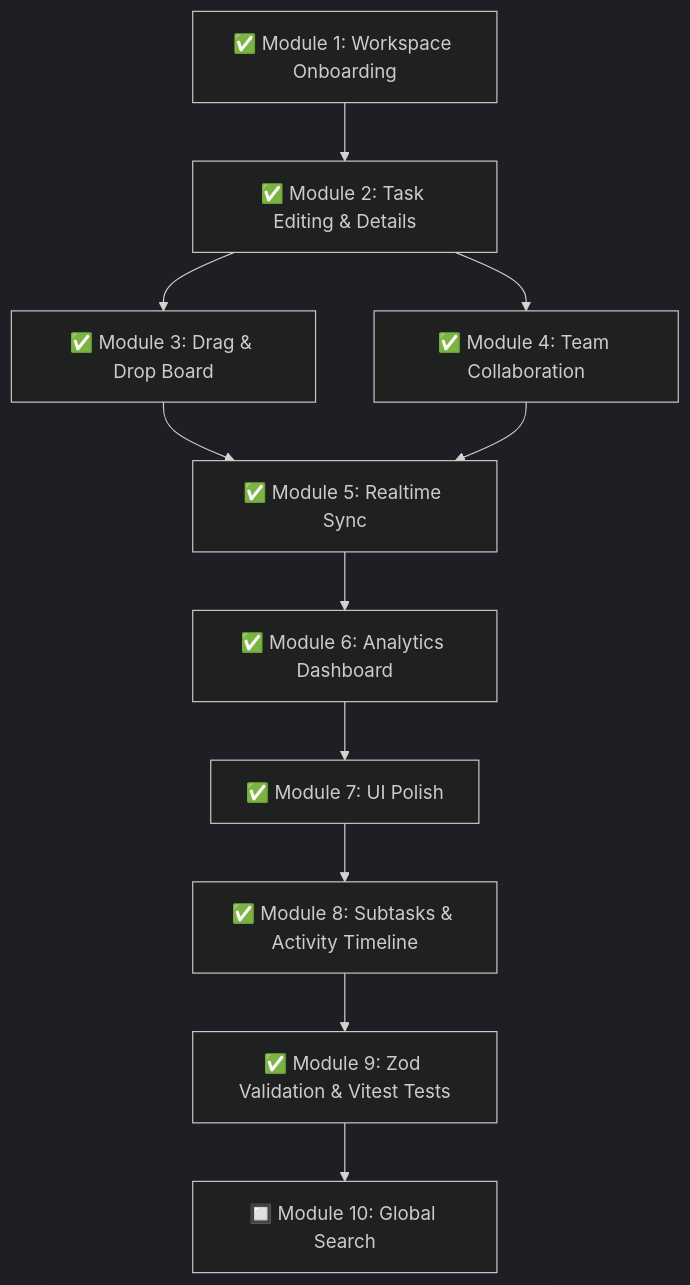
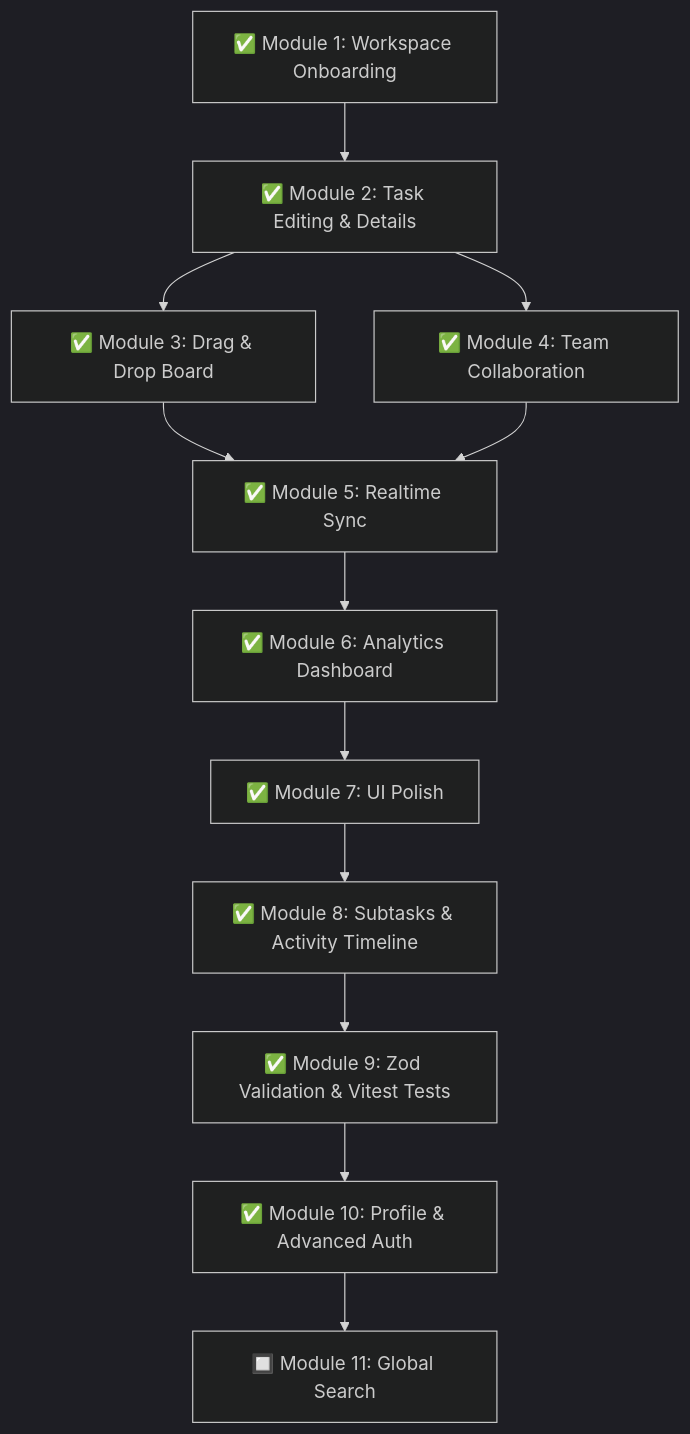
Before and after one commit to anirudhy-jpg/TaskPilot: the diagram in plan/steps.md, drawn with Mermaid (dark theme). The commit also changed other lines of this file and 11 other files, not shown here.

````diff
--- a/plan/steps.md
+++ b/plan/steps.md
@@ -41,14 +41,15 @@
 ```mermaid
 graph TD
     M1[✅ Module 1: Workspace Onboarding] --> M2[✅ Module 2: Task Editing & Details]
     M2 --> M3[✅ Module 3: Drag & Drop Board]
     M2 --> M4[✅ Module 4: Team Collaboration]
     M3 --> M5[✅ Module 5: Realtime Sync]
     M4 --> M5
     M5 --> M6[✅ Module 6: Analytics Dashboard]
     M6 --> M7[✅ Module 7: UI Polish]
     M7 --> M8[✅ Module 8: Subtasks & Activity Timeline]
     M8 --> M9[✅ Module 9: Zod Validation & Vitest Tests]
-    M9 --> M10[🔲 Module 10: Global Search]
+    M9 --> M10[✅ Module 10: Profile & Advanced Auth]
+    M10 --> M11[🔲 Module 11: Global Search]
 
 ```
````
